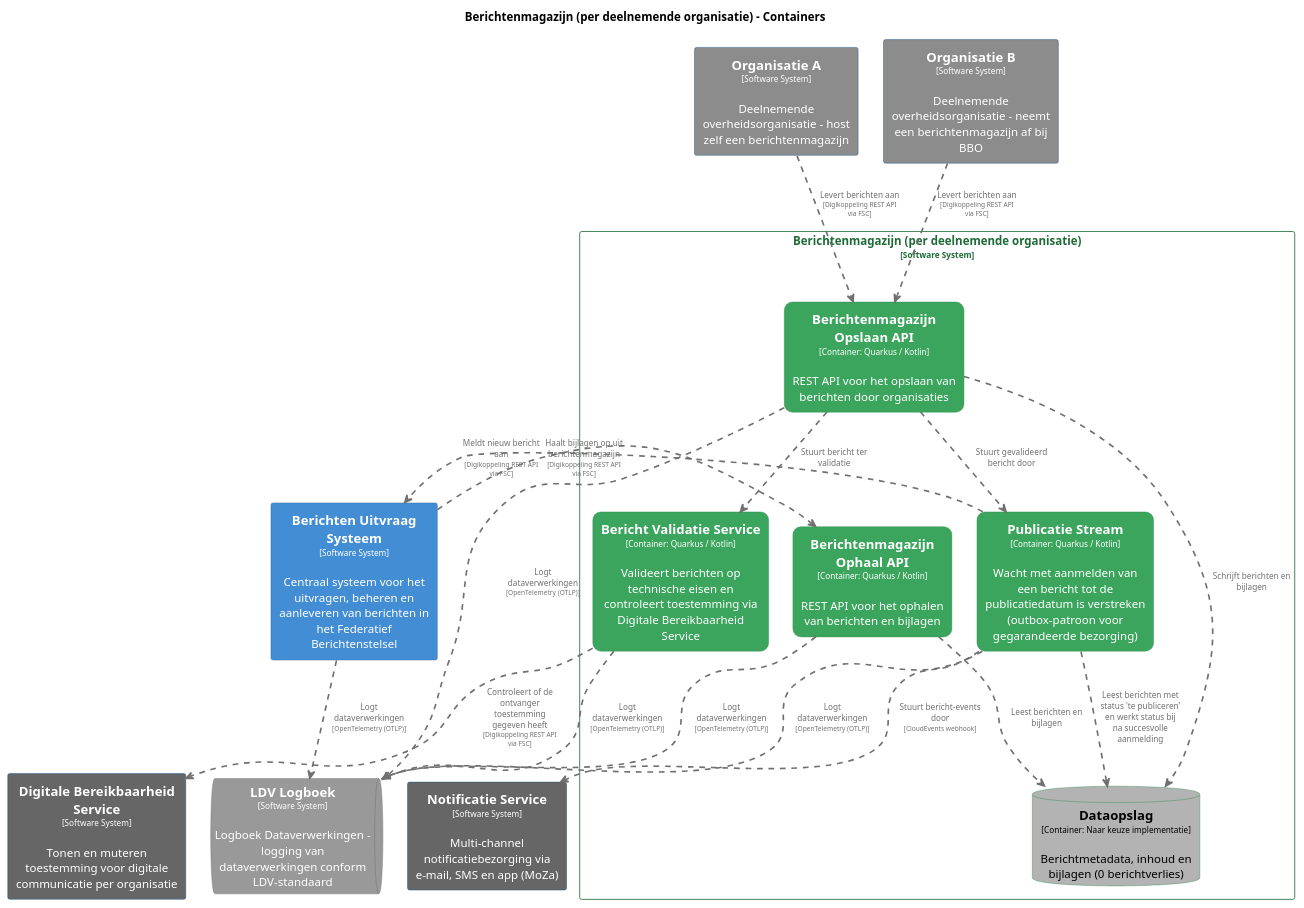
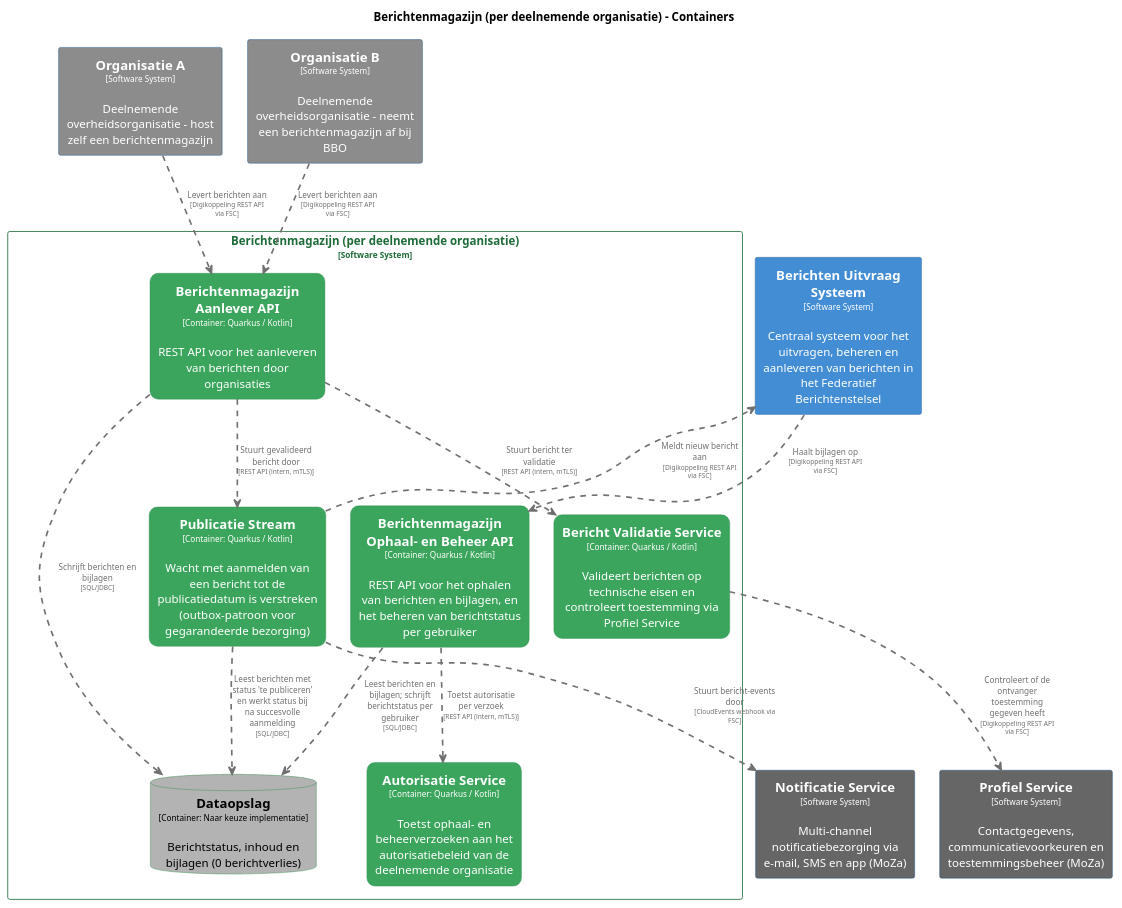
The diagram in master/puml/BerichtenmagazijnContainers.puml (MinBZK/moza-poc-fbs-berichtenbox), drawn with PlantUML before and after one commit. The commit also changed 91 other files, not shown here.

```diff
--- a/master/puml/BerichtenmagazijnContainers.puml
+++ b/master/puml/BerichtenmagazijnContainers.puml
@@ -1,125 +1,122 @@
 @startuml
 set separator none
 title Berichtenmagazijn (per deelnemende organisatie) - Containers
 
 top to bottom direction
 skinparam ranksep 60
 skinparam nodesep 30
 
 skinparam {
   arrowFontSize 10
   defaultTextAlignment center
   wrapWidth 200
   maxMessageSize 100
 }
 
 hide stereotype
 
+skinparam rectangle<<Berichtenmagazijnperdeelnemendeorganisatie.AutorisatieService>> {
+  BackgroundColor #3ba55d
+  FontColor #ffffff
+  BorderColor #2d8a4e
+  roundCorner 20
+  shadowing false
+}
 skinparam rectangle<<Berichtenmagazijnperdeelnemendeorganisatie.BerichtValidatieService>> {
   BackgroundColor #3ba55d
   FontColor #ffffff
   BorderColor #2d8a4e
   roundCorner 20
   shadowing false
 }
 skinparam rectangle<<BerichtenUitvraagSysteem>> {
   BackgroundColor #438dd5
   FontColor #ffffff
   BorderColor #2e6295
   shadowing false
 }
-skinparam rectangle<<Berichtenmagazijnperdeelnemendeorganisatie.BerichtenmagazijnOphaalAPI>> {
+skinparam rectangle<<Berichtenmagazijnperdeelnemendeorganisatie.BerichtenmagazijnAanleverAPI>> {
   BackgroundColor #3ba55d
   FontColor #ffffff
   BorderColor #2d8a4e
   roundCorner 20
   shadowing false
 }
-skinparam rectangle<<Berichtenmagazijnperdeelnemendeorganisatie.BerichtenmagazijnOpslaanAPI>> {
+skinparam rectangle<<Berichtenmagazijnperdeelnemendeorganisatie.BerichtenmagazijnOphaalenBeheerAPI>> {
   BackgroundColor #3ba55d
   FontColor #ffffff
   BorderColor #2d8a4e
   roundCorner 20
   shadowing false
 }
 skinparam database<<Berichtenmagazijnperdeelnemendeorganisatie.Dataopslag>> {
   BackgroundColor #b3b3b3
   FontColor #000000
   BorderColor #2d8a4e
-  shadowing false
-}
-skinparam rectangle<<DigitaleBereikbaarheidService>> {
-  BackgroundColor #666666
-  FontColor #ffffff
-  BorderColor #0b4884
-  shadowing false
-}
-skinparam queue<<LDVLogboek>> {
-  BackgroundColor #999999
-  FontColor #ffffff
-  BorderColor #6b6b6b
   shadowing false
 }
 skinparam rectangle<<NotificatieService>> {
   BackgroundColor #666666
   FontColor #ffffff
   BorderColor #0b4884
   shadowing false
 }
 skinparam rectangle<<OrganisatieA>> {
   BackgroundColor #8c8c8c
   FontColor #ffffff
   BorderColor #0b4884
   shadowing false
 }
 skinparam rectangle<<OrganisatieB>> {
   BackgroundColor #8c8c8c
   FontColor #ffffff
   BorderColor #0b4884
   shadowing false
 }
+skinparam rectangle<<ProfielService>> {
+  BackgroundColor #666666
+  FontColor #ffffff
+  BorderColor #0b4884
+  shadowing false
+}
 skinparam rectangle<<Berichtenmagazijnperdeelnemendeorganisatie.PublicatieStream>> {
   BackgroundColor #3ba55d
   FontColor #ffffff
   BorderColor #2d8a4e
   roundCorner 20
   shadowing false
 }
 skinparam rectangle<<Berichtenmagazijnperdeelnemendeorganisatie>> {
   BorderColor #1e6b38
   FontColor #1e6b38
   shadowing false
 }
 
+rectangle "==Profiel Service\n<size:10>[Software System]</size>\n\nContactgegevens, communicatievoorkeuren en toestemmingsbeheer (MoZa)" <<ProfielService>> as ProfielService
 rectangle "==Notificatie Service\n<size:10>[Software System]</size>\n\nMulti-channel notificatiebezorging via e-mail, SMS en app (MoZa)" <<NotificatieService>> as NotificatieService
-rectangle "==Digitale Bereikbaarheid Service\n<size:10>[Software System]</size>\n\nTonen en muteren toestemming voor digitale communicatie per organisatie" <<DigitaleBereikbaarheidService>> as DigitaleBereikbaarheidService
 rectangle "==Organisatie A\n<size:10>[Software System]</size>\n\nDeelnemende overheidsorganisatie - host zelf een berichtenmagazijn" <<OrganisatieA>> as OrganisatieA
 rectangle "==Organisatie B\n<size:10>[Software System]</size>\n\nDeelnemende overheidsorganisatie - neemt een berichtenmagazijn af bij BBO" <<OrganisatieB>> as OrganisatieB
 rectangle "==Berichten Uitvraag Systeem\n<size:10>[Software System]</size>\n\nCentraal systeem voor het uitvragen, beheren en aanleveren van berichten in het Federatief Berichtenstelsel" <<BerichtenUitvraagSysteem>> as BerichtenUitvraagSysteem
-queue "==LDV Logboek\n<size:10>[Software System]</size>\n\nLogboek Dataverwerkingen - logging van dataverwerkingen conform LDV-standaard" <<LDVLogboek>> as LDVLogboek
 
 rectangle "Berichtenmagazijn (per deelnemende organisatie)\n<size:10>[Software System]</size>" <<Berichtenmagazijnperdeelnemendeorganisatie>> {
-  rectangle "==Berichtenmagazijn Ophaal API\n<size:10>[Container: Quarkus / Kotlin]</size>\n\nREST API voor het ophalen van berichten en bijlagen" <<Berichtenmagazijnperdeelnemendeorganisatie.BerichtenmagazijnOphaalAPI>> as Berichtenmagazijnperdeelnemendeorganisatie.BerichtenmagazijnOphaalAPI
-  rectangle "==Berichtenmagazijn Opslaan API\n<size:10>[Container: Quarkus / Kotlin]</size>\n\nREST API voor het opslaan van berichten door organisaties" <<Berichtenmagazijnperdeelnemendeorganisatie.BerichtenmagazijnOpslaanAPI>> as Berichtenmagazijnperdeelnemendeorganisatie.BerichtenmagazijnOpslaanAPI
-  database "==Dataopslag\n<size:10>[Container: Naar keuze implementatie]</size>\n\nBerichtmetadata, inhoud en bijlagen (0 berichtverlies)" <<Berichtenmagazijnperdeelnemendeorganisatie.Dataopslag>> as Berichtenmagazijnperdeelnemendeorganisatie.Dataopslag
-  rectangle "==Bericht Validatie Service\n<size:10>[Container: Quarkus / Kotlin]</size>\n\nValideert berichten op technische eisen en controleert toestemming via Digitale Bereikbaarheid Service" <<Berichtenmagazijnperdeelnemendeorganisatie.BerichtValidatieService>> as Berichtenmagazijnperdeelnemendeorganisatie.BerichtValidatieService
+  rectangle "==Berichtenmagazijn Ophaal- en Beheer API\n<size:10>[Container: Quarkus / Kotlin]</size>\n\nREST API voor het ophalen van berichten en bijlagen, en het beheren van berichtstatus per gebruiker" <<Berichtenmagazijnperdeelnemendeorganisatie.BerichtenmagazijnOphaalenBeheerAPI>> as Berichtenmagazijnperdeelnemendeorganisatie.BerichtenmagazijnOphaalenBeheerAPI
+  rectangle "==Berichtenmagazijn Aanlever API\n<size:10>[Container: Quarkus / Kotlin]</size>\n\nREST API voor het aanleveren van berichten door organisaties" <<Berichtenmagazijnperdeelnemendeorganisatie.BerichtenmagazijnAanleverAPI>> as Berichtenmagazijnperdeelnemendeorganisatie.BerichtenmagazijnAanleverAPI
+  database "==Dataopslag\n<size:10>[Container: Naar keuze implementatie]</size>\n\nBerichtstatus, inhoud en bijlagen (0 berichtverlies)" <<Berichtenmagazijnperdeelnemendeorganisatie.Dataopslag>> as Berichtenmagazijnperdeelnemendeorganisatie.Dataopslag
+  rectangle "==Bericht Validatie Service\n<size:10>[Container: Quarkus / Kotlin]</size>\n\nValideert berichten op technische eisen en controleert toestemming via Profiel Service" <<Berichtenmagazijnperdeelnemendeorganisatie.BerichtValidatieService>> as Berichtenmagazijnperdeelnemendeorganisatie.BerichtValidatieService
   rectangle "==Publicatie Stream\n<size:10>[Container: Quarkus / Kotlin]</size>\n\nWacht met aanmelden van een bericht tot de publicatiedatum is verstreken (outbox-patroon voor gegarandeerde bezorging)" <<Berichtenmagazijnperdeelnemendeorganisatie.PublicatieStream>> as Berichtenmagazijnperdeelnemendeorganisatie.PublicatieStream
+  rectangle "==Autorisatie Service\n<size:10>[Container: Quarkus / Kotlin]</size>\n\nToetst ophaal- en beheerverzoeken aan het autorisatiebeleid van de deelnemende organisatie" <<Berichtenmagazijnperdeelnemendeorganisatie.AutorisatieService>> as Berichtenmagazijnperdeelnemendeorganisatie.AutorisatieService
 }
 
-Berichtenmagazijnperdeelnemendeorganisatie.BerichtValidatieService .[#707070,thickness=2].> LDVLogboek : "<color:#707070>Logt dataverwerkingen\n<color:#707070><size:8>[OpenTelemetry (OTLP)]</size>"
-BerichtenUitvraagSysteem .[#707070,thickness=2].> LDVLogboek : "<color:#707070>Logt dataverwerkingen\n<color:#707070><size:8>[OpenTelemetry (OTLP)]</size>"
-Berichtenmagazijnperdeelnemendeorganisatie.PublicatieStream .[#707070,thickness=2].> LDVLogboek : "<color:#707070>Logt dataverwerkingen\n<color:#707070><size:8>[OpenTelemetry (OTLP)]</size>"
-Berichtenmagazijnperdeelnemendeorganisatie.BerichtenmagazijnOphaalAPI .[#707070,thickness=2].> Berichtenmagazijnperdeelnemendeorganisatie.Dataopslag : "<color:#707070>Leest berichten en bijlagen"
-Berichtenmagazijnperdeelnemendeorganisatie.BerichtenmagazijnOpslaanAPI .[#707070,thickness=2].> Berichtenmagazijnperdeelnemendeorganisatie.Dataopslag : "<color:#707070>Schrijft berichten en bijlagen"
-Berichtenmagazijnperdeelnemendeorganisatie.BerichtenmagazijnOpslaanAPI .[#707070,thickness=2].> Berichtenmagazijnperdeelnemendeorganisatie.BerichtValidatieService : "<color:#707070>Stuurt bericht ter validatie"
-Berichtenmagazijnperdeelnemendeorganisatie.BerichtenmagazijnOpslaanAPI .[#707070,thickness=2].> Berichtenmagazijnperdeelnemendeorganisatie.PublicatieStream : "<color:#707070>Stuurt gevalideerd bericht door"
-Berichtenmagazijnperdeelnemendeorganisatie.PublicatieStream .[#707070,thickness=2].> Berichtenmagazijnperdeelnemendeorganisatie.Dataopslag : "<color:#707070>Leest berichten met status 'te publiceren' en werkt status bij na succesvolle aanmelding"
-BerichtenUitvraagSysteem .[#707070,thickness=2].> Berichtenmagazijnperdeelnemendeorganisatie.BerichtenmagazijnOphaalAPI : "<color:#707070>Haalt bijlagen op uit berichtenmagazijn\n<color:#707070><size:8>[Digikoppeling REST API via FSC]</size>"
 Berichtenmagazijnperdeelnemendeorganisatie.PublicatieStream .[#707070,thickness=2].> BerichtenUitvraagSysteem : "<color:#707070>Meldt nieuw bericht aan\n<color:#707070><size:8>[Digikoppeling REST API via FSC]</size>"
-Berichtenmagazijnperdeelnemendeorganisatie.PublicatieStream .[#707070,thickness=2].> NotificatieService : "<color:#707070>Stuurt bericht-events door\n<color:#707070><size:8>[CloudEvents webhook]</size>"
-OrganisatieA .[#707070,thickness=2].> Berichtenmagazijnperdeelnemendeorganisatie.BerichtenmagazijnOpslaanAPI : "<color:#707070>Levert berichten aan\n<color:#707070><size:8>[Digikoppeling REST API via FSC]</size>"
-OrganisatieB .[#707070,thickness=2].> Berichtenmagazijnperdeelnemendeorganisatie.BerichtenmagazijnOpslaanAPI : "<color:#707070>Levert berichten aan\n<color:#707070><size:8>[Digikoppeling REST API via FSC]</size>"
-Berichtenmagazijnperdeelnemendeorganisatie.BerichtValidatieService .[#707070,thickness=2].> DigitaleBereikbaarheidService : "<color:#707070>Controleert of de ontvanger toestemming gegeven heeft\n<color:#707070><size:8>[Digikoppeling REST API via FSC]</size>"
-Berichtenmagazijnperdeelnemendeorganisatie.BerichtenmagazijnOphaalAPI .[#707070,thickness=2].> LDVLogboek : "<color:#707070>Logt dataverwerkingen\n<color:#707070><size:8>[OpenTelemetry (OTLP)]</size>"
-Berichtenmagazijnperdeelnemendeorganisatie.BerichtenmagazijnOpslaanAPI .[#707070,thickness=2].> LDVLogboek : "<color:#707070>Logt dataverwerkingen\n<color:#707070><size:8>[OpenTelemetry (OTLP)]</size>"
+Berichtenmagazijnperdeelnemendeorganisatie.PublicatieStream .[#707070,thickness=2].> NotificatieService : "<color:#707070>Stuurt bericht-events door\n<color:#707070><size:8>[CloudEvents webhook via FSC]</size>"
+OrganisatieA .[#707070,thickness=2].> Berichtenmagazijnperdeelnemendeorganisatie.BerichtenmagazijnAanleverAPI : "<color:#707070>Levert berichten aan\n<color:#707070><size:8>[Digikoppeling REST API via FSC]</size>"
+OrganisatieB .[#707070,thickness=2].> Berichtenmagazijnperdeelnemendeorganisatie.BerichtenmagazijnAanleverAPI : "<color:#707070>Levert berichten aan\n<color:#707070><size:8>[Digikoppeling REST API via FSC]</size>"
+Berichtenmagazijnperdeelnemendeorganisatie.BerichtValidatieService .[#707070,thickness=2].> ProfielService : "<color:#707070>Controleert of de ontvanger toestemming gegeven heeft\n<color:#707070><size:8>[Digikoppeling REST API via FSC]</size>"
+Berichtenmagazijnperdeelnemendeorganisatie.BerichtenmagazijnOphaalenBeheerAPI .[#707070,thickness=2].> Berichtenmagazijnperdeelnemendeorganisatie.Dataopslag : "<color:#707070>Leest berichten en bijlagen; schrijft berichtstatus per gebruiker\n<color:#707070><size:8>[SQL/JDBC]</size>"
+Berichtenmagazijnperdeelnemendeorganisatie.BerichtenmagazijnAanleverAPI .[#707070,thickness=2].> Berichtenmagazijnperdeelnemendeorganisatie.Dataopslag : "<color:#707070>Schrijft berichten en bijlagen\n<color:#707070><size:8>[SQL/JDBC]</size>"
+Berichtenmagazijnperdeelnemendeorganisatie.BerichtenmagazijnAanleverAPI .[#707070,thickness=2].> Berichtenmagazijnperdeelnemendeorganisatie.BerichtValidatieService : "<color:#707070>Stuurt bericht ter validatie\n<color:#707070><size:8>[REST API (intern, mTLS)]</size>"
+Berichtenmagazijnperdeelnemendeorganisatie.BerichtenmagazijnAanleverAPI .[#707070,thickness=2].> Berichtenmagazijnperdeelnemendeorganisatie.PublicatieStream : "<color:#707070>Stuurt gevalideerd bericht door\n<color:#707070><size:8>[REST API (intern, mTLS)]</size>"
+Berichtenmagazijnperdeelnemendeorganisatie.PublicatieStream .[#707070,thickness=2].> Berichtenmagazijnperdeelnemendeorganisatie.Dataopslag : "<color:#707070>Leest berichten met status 'te publiceren' en werkt status bij na succesvolle aanmelding\n<color:#707070><size:8>[SQL/JDBC]</size>"
+Berichtenmagazijnperdeelnemendeorganisatie.BerichtenmagazijnOphaalenBeheerAPI .[#707070,thickness=2].> Berichtenmagazijnperdeelnemendeorganisatie.AutorisatieService : "<color:#707070>Toetst autorisatie per verzoek\n<color:#707070><size:8>[REST API (intern, mTLS)]</size>"
+BerichtenUitvraagSysteem .[#707070,thickness=2].> Berichtenmagazijnperdeelnemendeorganisatie.BerichtenmagazijnOphaalenBeheerAPI : "<color:#707070>Haalt bijlagen op\n<color:#707070><size:8>[Digikoppeling REST API via FSC]</size>"
 @enduml
```
